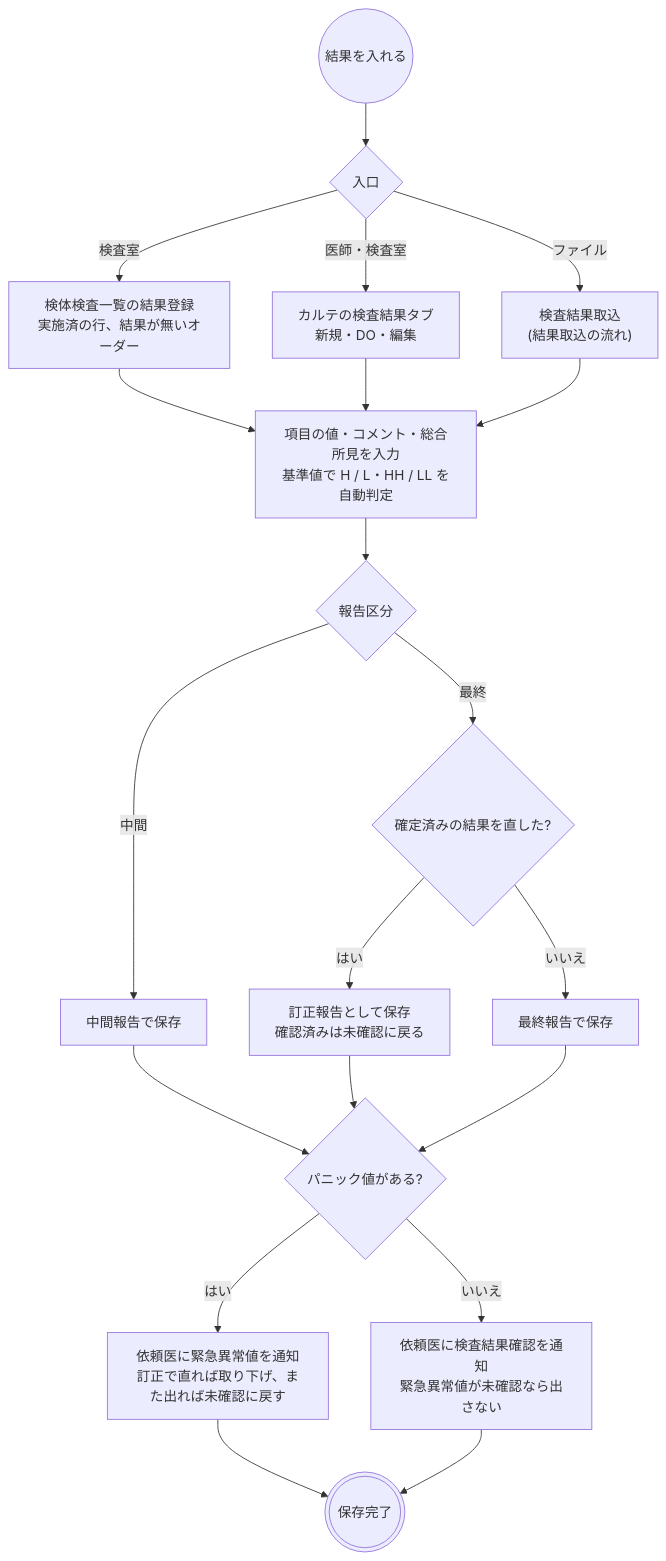
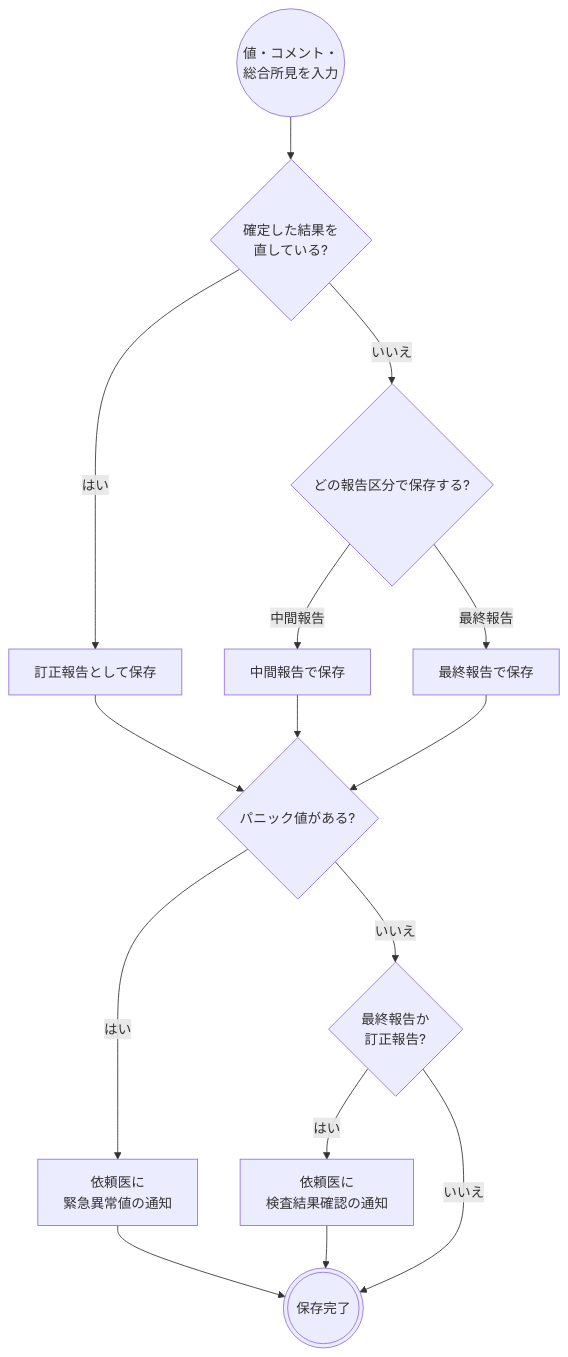
Before and after one commit to ysnr-dev/fhir-client-docs: the fourth of 6 diagrams in docs/flows/lab.md, drawn with Mermaid. The commit also changed other lines of this file and 43 other files, not shown here.

Commit message:
docs: 業務フローとシーケンス図を写し直し

````diff
--- a/docs/flows/lab.md
+++ b/docs/flows/lab.md
@@ -155,30 +189,24 @@
 ```mermaid
 flowchart TD
-  open(("結果を入れる"))
-  where{"入口"}
-  worklist["検体検査一覧の結果登録<br/>実施済の行、結果が無いオーダー"]
-  karte["カルテの検査結果タブ<br/>新規・DO・編集"]
-  imp["検査結果取込<br/>(結果取込の流れ)"]
-  fill["項目の値・コメント・総合所見を入力<br/>基準値で H / L・HH / LL を自動判定"]
-  status{"報告区分"}
+  open(("値・コメント・<br/>総合所見を入力"))
+  existing{"確定した結果を<br/>直している?"}
+  kind{"どの報告区分で保存する?"}
   prelim["中間報告で保存"]
   finalSave["最終報告で保存"]
-  existing{"確定済みの結果を直した?"}
-  corrected["訂正報告として保存<br/>確認済みは未確認に戻る"]
+  corrected["訂正報告として保存"]
   panic{"パニック値がある?"}
-  notifyPanic["依頼医に緊急異常値を通知<br/>訂正で直れば取り下げ、また出れば未確認に戻す"]
-  notifyReview["依頼医に検査結果確認を通知<br/>緊急異常値が未確認なら出さない"]
+  notifyPanic["依頼医に<br/>緊急異常値の通知"]
+  reviewable{"最終報告か<br/>訂正報告?"}
+  notifyReview["依頼医に<br/>検査結果確認の通知"]
   done((("保存完了")))
 
-  open --> where
-  where -- "検査室" --> worklist --> fill
-  where -- "医師・検査室" --> karte --> fill
-  where -- "ファイル" --> imp --> fill
-  fill --> status
-  status -- "中間" --> prelim --> panic
-  status -- "最終" --> existing
+  open --> existing
   existing -- "はい" --> corrected --> panic
-  existing -- "いいえ" --> finalSave --> panic
+  existing -- "いいえ" --> kind
+  kind -- "中間報告" --> prelim --> panic
+  kind -- "最終報告" --> finalSave --> panic
   panic -- "はい" --> notifyPanic --> done
-  panic -- "いいえ" --> notifyReview --> done
+  panic -- "いいえ" --> reviewable
+  reviewable -- "はい" --> notifyReview --> done
+  reviewable -- "いいえ" --> done
 ```
````
